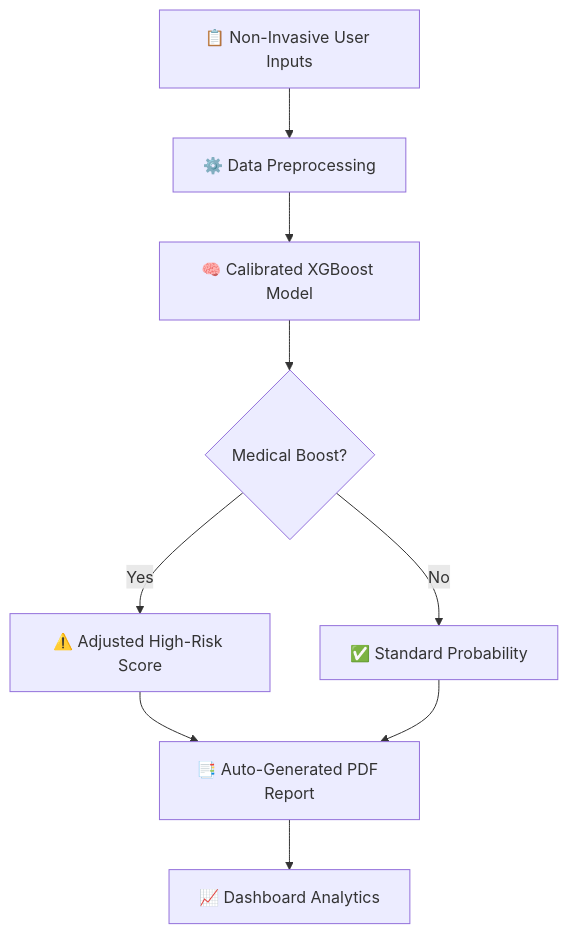
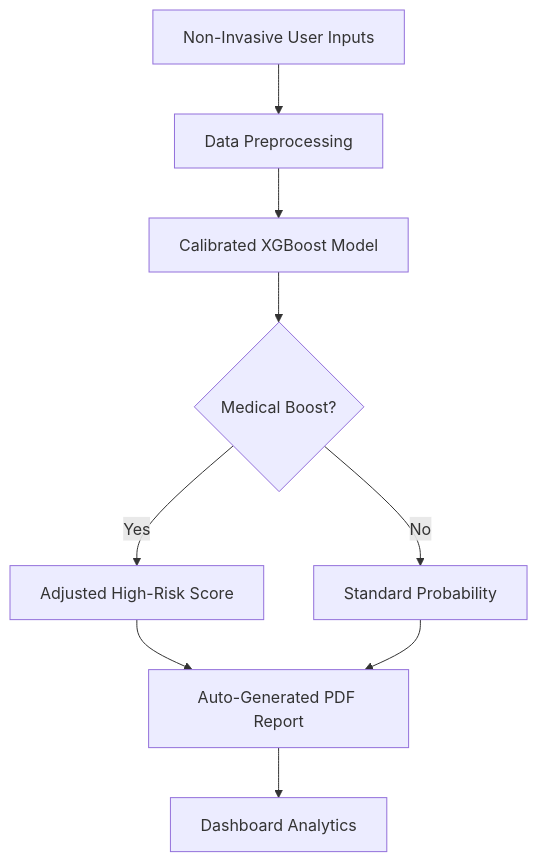
Before and after one commit to AyushKumar-alt/Diabetes-Early-Prediction-Using-ML: the diagram in README.md, drawn with Mermaid. The commit also changed other lines of this file, not shown here.

````diff
--- a/README.md
+++ b/README.md
@@ -45,12 +45,12 @@
 ```mermaid
 graph TD
-    A[📋 Non-Invasive User Inputs] --> B[⚙️ Data Preprocessing]
-    B --> C[🧠 Calibrated XGBoost Model]
+    A[Non-Invasive User Inputs] --> B[Data Preprocessing]
+    B --> C[Calibrated XGBoost Model]
     C --> D{Medical Boost?}
-    D -- Yes --> E[⚠️ Adjusted High-Risk Score]
-    D -- No --> F[✅ Standard Probability]
-    E --> G[📑 Auto-Generated PDF Report]
+    D -- Yes --> E[Adjusted High-Risk Score]
+    D -- No --> F[Standard Probability]
+    E --> G[Auto-Generated PDF Report]
     F --> G
-    G --> H[📈 Dashboard Analytics]
+    G --> H[Dashboard Analytics]
 
 ```
````
